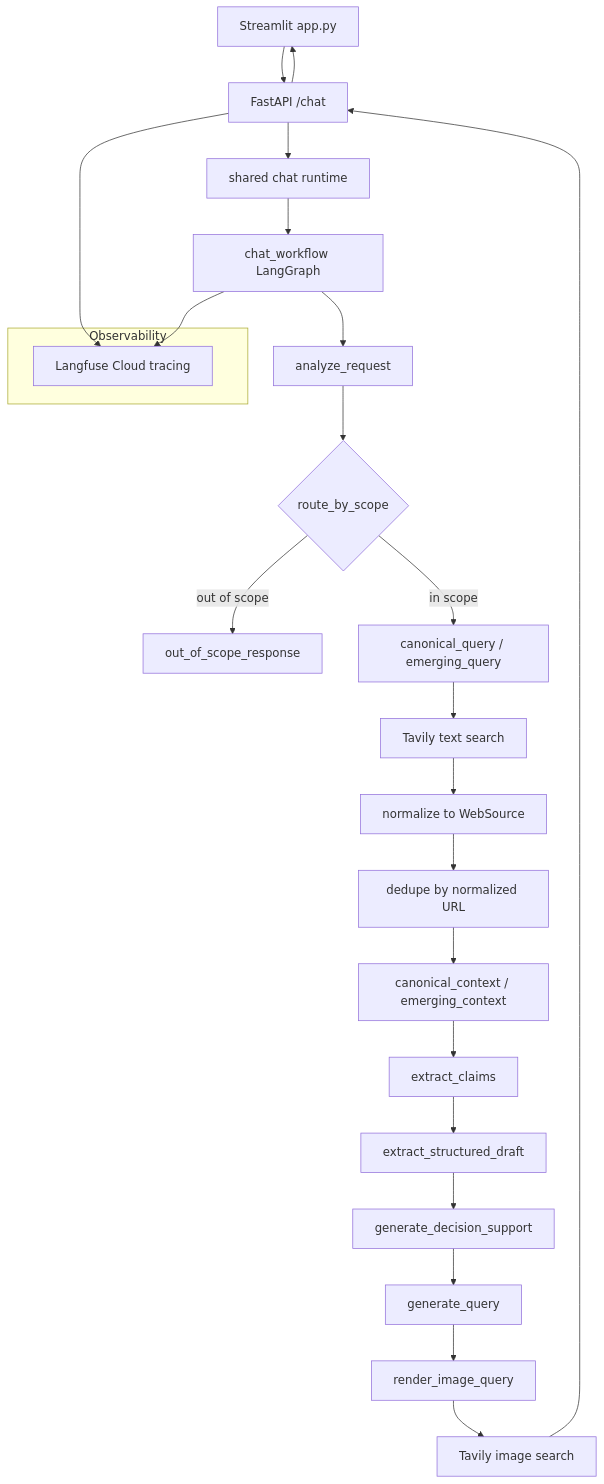
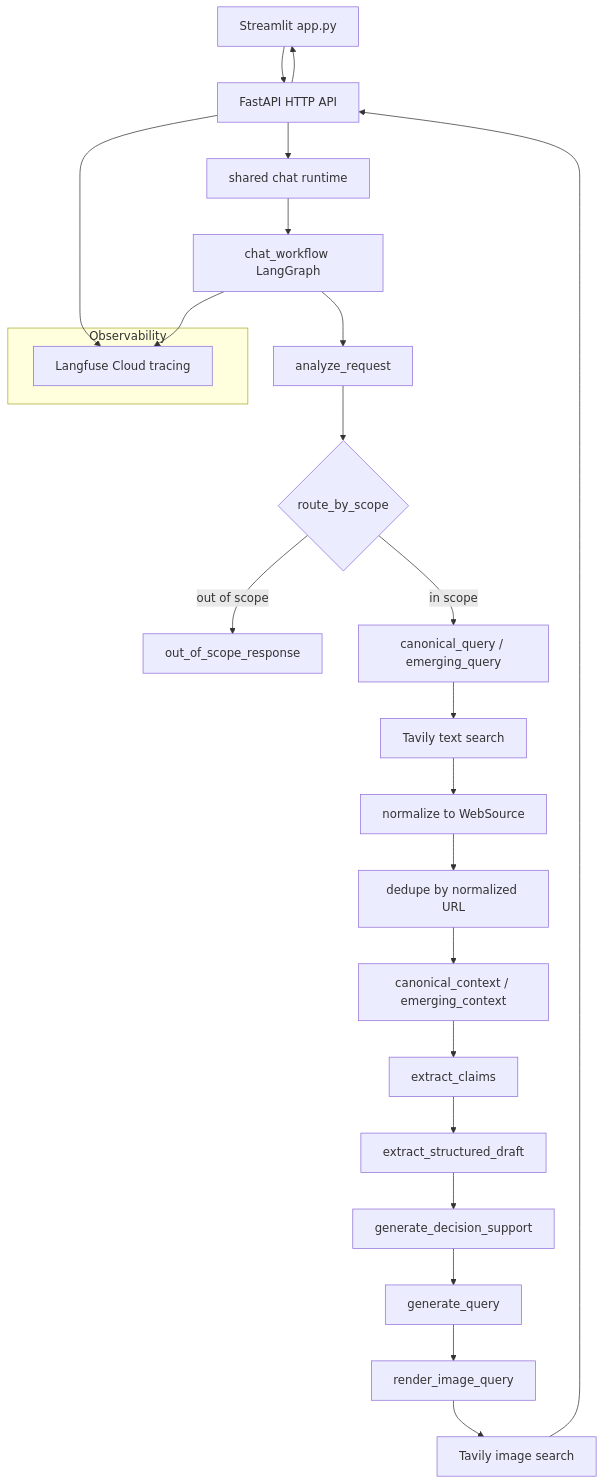
The diagram in README.md (mofuteq/trend-to-rule), drawn with Mermaid before and after one commit. The commit also changed other lines of this file and 10 other files, not shown here.

Commit message:
refactor: move chat management behind FastAPI

````diff
--- a/README.md
+++ b/README.md
@@ -126,28 +126,28 @@
 ```mermaid
 flowchart TD
-    E[Streamlit app.py] --> API[FastAPI /chat]
+    E[Streamlit app.py] --> API[FastAPI HTTP API]
     API --> RT[shared chat runtime]
     RT --> W[chat_workflow LangGraph]
     W --> A[analyze_request]
     A --> R{route_by_scope}
     R -->|out of scope| OOS[out_of_scope_response]
     R -->|in scope| Q[canonical_query / emerging_query]
     Q --> T[Tavily text search]
     T --> S[normalize to WebSource]
     S --> D[dedupe by normalized URL]
     D --> C[canonical_context / emerging_context]
     C --> EC[extract_claims]
     EC --> ESD[extract_structured_draft]
     ESD --> GDS[generate_decision_support]
     GDS --> GQ[generate_query]
     GQ --> RIQ[render_image_query]
     RIQ --> SI[Tavily image search]
     SI --> API
     API --> E
 
     subgraph Observability
       LF[Langfuse Cloud tracing]
     end
     API --> LF
     W --> LF
 ```
````
